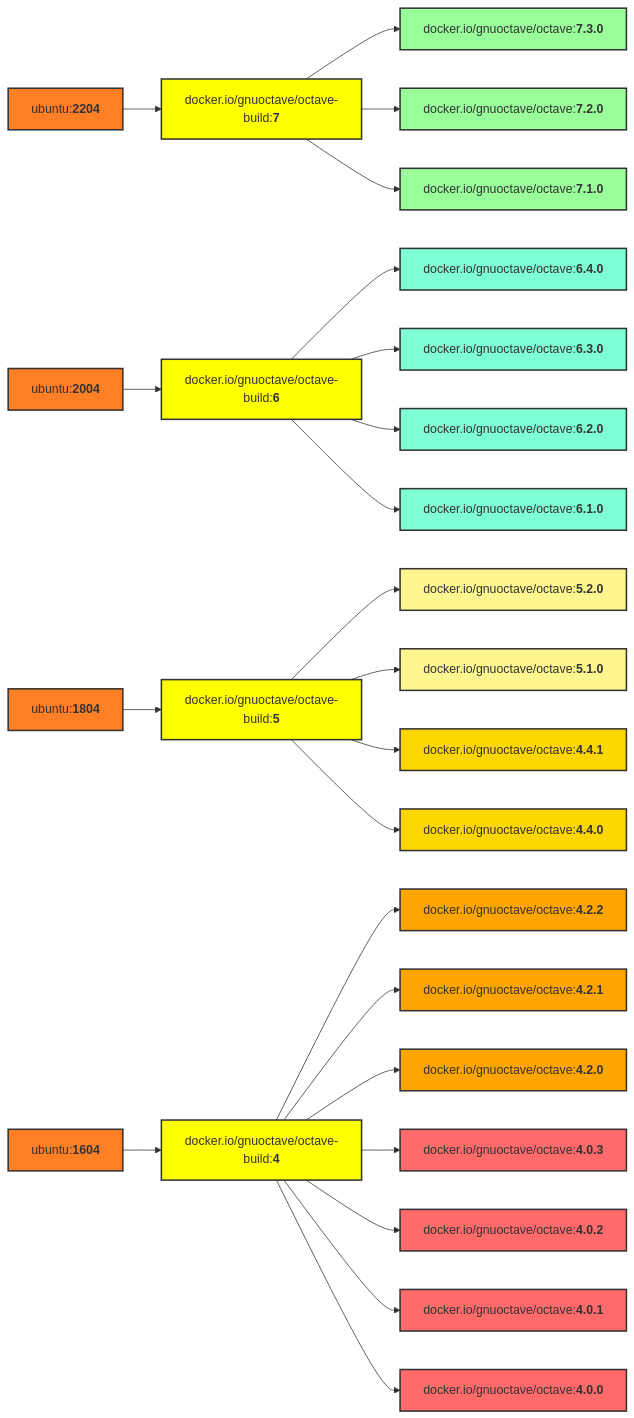
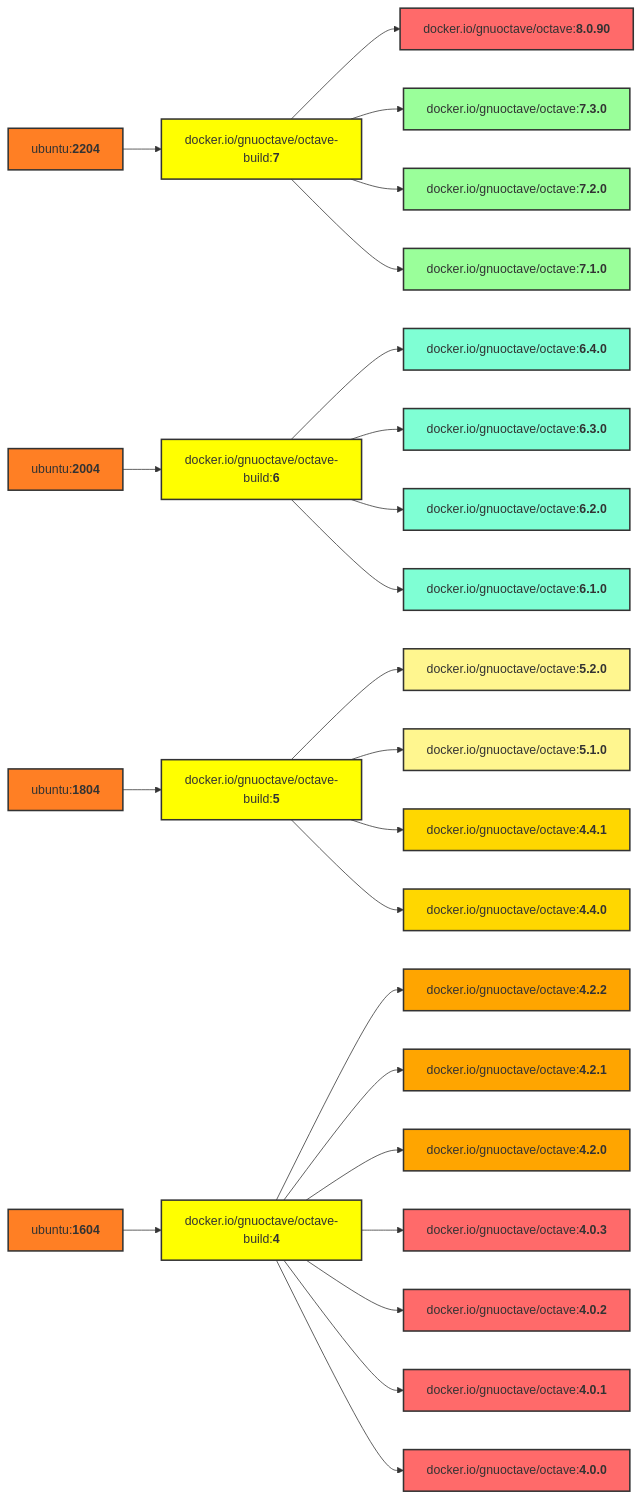
One commit to gnu-octave/docker changed the diagram in README.md. Above: the diagram before and after it, drawn with Mermaid.

Commit message:
Build Octave 8.0.90

````diff
--- a/README.md
+++ b/README.md
@@ -84,59 +84,61 @@
 ```mermaid
 graph LR
     U4[ubuntu:<b>2204</b>] --> b7[docker.io/gnuoctave/octave-build:<b>7</b>];
     U3[ubuntu:<b>2004</b>] --> b6[docker.io/gnuoctave/octave-build:<b>6</b>];
     U2[ubuntu:<b>1804</b>] --> b5[docker.io/gnuoctave/octave-build:<b>5</b>];
     U1[ubuntu:<b>1604</b>] --> b4[docker.io/gnuoctave/octave-build:<b>4</b>];
+    b7 --> v8090[docker.io/gnuoctave/octave:<b>8.0.90</b>];
     b7 --> v730[docker.io/gnuoctave/octave:<b>7.3.0</b>];
     b7 --> v720[docker.io/gnuoctave/octave:<b>7.2.0</b>];
     b7 --> v710[docker.io/gnuoctave/octave:<b>7.1.0</b>];
     b6 --> v640[docker.io/gnuoctave/octave:<b>6.4.0</b>];
     b6 --> v630[docker.io/gnuoctave/octave:<b>6.3.0</b>];
     b6 --> v620[docker.io/gnuoctave/octave:<b>6.2.0</b>];
     b6 --> v610[docker.io/gnuoctave/octave:<b>6.1.0</b>];
     b5 --> v520[docker.io/gnuoctave/octave:<b>5.2.0</b>];
     b5 --> v510[docker.io/gnuoctave/octave:<b>5.1.0</b>];
     b5 --> v441[docker.io/gnuoctave/octave:<b>4.4.1</b>];
     b5 --> v440[docker.io/gnuoctave/octave:<b>4.4.0</b>];
     b4 --> v422[docker.io/gnuoctave/octave:<b>4.2.2</b>];
     b4 --> v421[docker.io/gnuoctave/octave:<b>4.2.1</b>];
     b4 --> v420[docker.io/gnuoctave/octave:<b>4.2.0</b>];
     b4 --> v403[docker.io/gnuoctave/octave:<b>4.0.3</b>];
     b4 --> v402[docker.io/gnuoctave/octave:<b>4.0.2</b>];
     b4 --> v401[docker.io/gnuoctave/octave:<b>4.0.1</b>];
     b4 --> v400[docker.io/gnuoctave/octave:<b>4.0.0</b>];
     classDef U fill:#ff7f24,stroke:#333,stroke-width:2px;
     class U1 U;
     class U2 U;
     class U3 U;
     class U4 U;
     classDef b fill:#ff0,stroke:#333,stroke-width:2px;
     class b4 b;
     class b5 b;
     class b6 b;
     class b7 b;
     classDef age1 fill:#9aff9a,stroke:#333,stroke-width:2px;
     classDef age2 fill:#7fffd4,stroke:#333,stroke-width:2px;
     classDef age3 fill:#fff68f,stroke:#333,stroke-width:2px;
     classDef age4 fill:#ffd700,stroke:#333,stroke-width:2px;
     classDef age5 fill:#ffa500,stroke:#333,stroke-width:2px;
     classDef age6 fill:#ff6a6a,stroke:#333,stroke-width:2px;
+    class v8090 age6;
     class v730 age1;
     class v720 age1;
     class v710 age1;
     class v640 age2;
     class v630 age2;
     class v620 age2;
     class v610 age2;
     class v520 age3;
     class v510 age3;
     class v441 age4;
     class v440 age4;
     class v422 age5;
     class v421 age5;
     class v420 age5;
     class v403 age6;
     class v402 age6;
     class v401 age6;
     class v400 age6;
 ```
````
